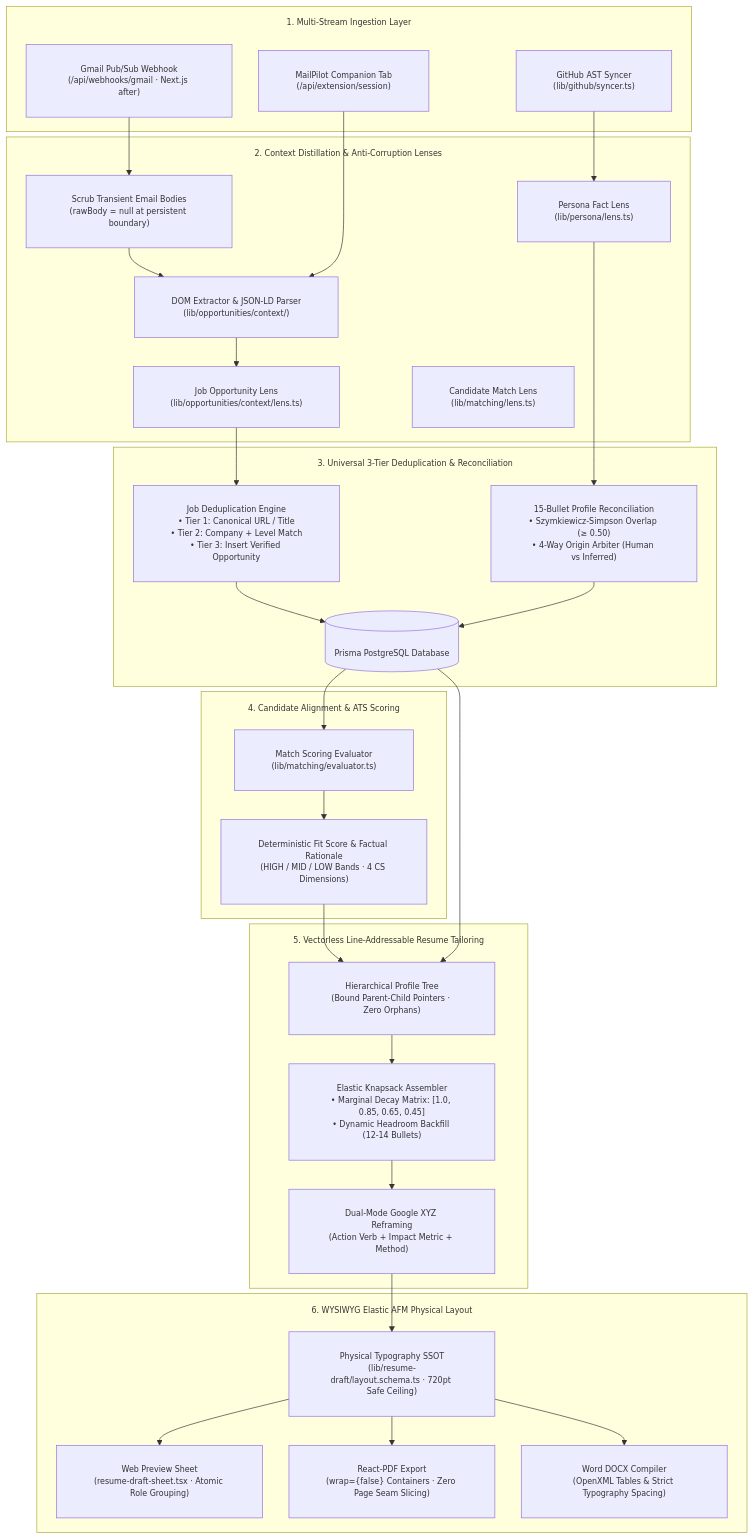
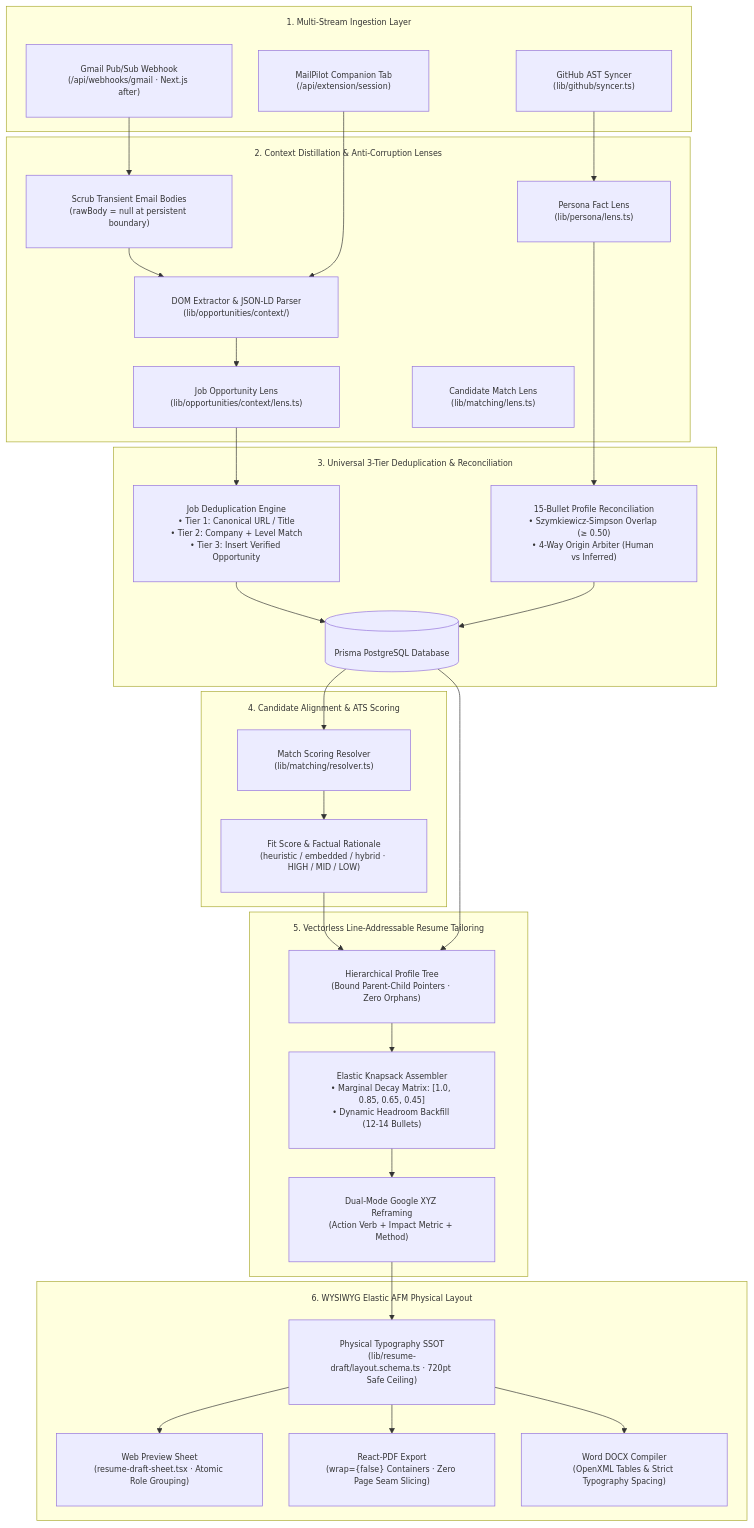
Before and after one commit to Marqlo-C/mailpilot: the fifth of 21 diagrams in README.md, drawn with Mermaid. The commit also changed other lines of this file and 12 other files, not shown here.

````diff
--- a/README.md
+++ b/README.md
@@ -250,49 +271,49 @@
 ```mermaid
 %%{init: {"themeVariables": {"fontSize": "12px", "fontFamily": "-apple-system, BlinkMacSystemFont, Segoe UI, sans-serif"}, "themeCSS": ".node text, .node foreignObject, .label foreignObject { overflow: visible !important; } .cluster text, .cluster-label span { overflow: visible !important; } .edgeLabel foreignObject { overflow: visible !important; } .edgeLabel span { padding: 0 4px; }", "flowchart": {"padding": 28, "nodeSpacing": 40, "rankSpacing": 44, "subGraphTitleMargin": {"top": 16, "bottom": 20}}}}%%
 flowchart TD
   subgraph Ingestion["1. Multi-Stream Ingestion Layer"]
     GMAIL["Gmail Pub/Sub Webhook<br/>(/api/webhooks/gmail · Next.js after)"]
     COMPANION["MailPilot Companion Tab<br/>(/api/extension/session)"]
     GITHUB["GitHub AST Syncer<br/>(lib/github/syncer.ts)"]
   end
 
   subgraph Extraction["2. Context Distillation & Anti-Corruption Lenses"]
     SCRUB["Scrub Transient Email Bodies<br/>(rawBody = null at persistent boundary)"]
     DOM_PARSE["DOM Extractor & JSON-LD Parser<br/>(lib/opportunities/context/)"]
     LENS_JOB["Job Opportunity Lens<br/>(lib/opportunities/context/lens.ts)"]
     LENS_MATCH["Candidate Match Lens<br/>(lib/matching/lens.ts)"]
     LENS_PERSONA["Persona Fact Lens<br/>(lib/persona/lens.ts)"]
 
     GMAIL --> SCRUB --> DOM_PARSE
     COMPANION --> DOM_PARSE
     DOM_PARSE --> LENS_JOB
     GITHUB --> LENS_PERSONA
   end
 
   subgraph Deduplication["3. Universal 3-Tier Deduplication & Reconciliation"]
     DED_JOB["Job Deduplication Engine<br/>• Tier 1: Canonical URL / Title<br/>• Tier 2: Company + Level Match<br/>• Tier 3: Insert Verified Opportunity"]
     DED_PROF["15-Bullet Profile Reconciliation<br/>• Szymkiewicz-Simpson Overlap (&ge; 0.50)<br/>• 4-Way Origin Arbiter (Human vs Inferred)"]
 
     LENS_JOB --> DED_JOB
     LENS_PERSONA --> DED_PROF
     DED_JOB & DED_PROF --> DB[("Prisma PostgreSQL Database")]
   end
 
   subgraph Evaluation["4. Candidate Alignment & ATS Scoring"]
-    DB --> EVAL["Match Scoring Evaluator<br/>(lib/matching/evaluator.ts)"]
-    EVAL --> SCORE["Deterministic Fit Score & Factual Rationale<br/>(HIGH / MID / LOW Bands · 4 CS Dimensions)"]
+    DB --> RESOLVER["Match Scoring Resolver<br/>(lib/matching/resolver.ts)"]
+    RESOLVER --> SCORE["Fit Score & Factual Rationale<br/>(heuristic / embedded / hybrid · HIGH / MID / LOW)"]
   end
 
   subgraph Tailoring["5. Vectorless Line-Addressable Resume Tailoring"]
     SCORE & DB --> TREE["Hierarchical Profile Tree<br/>(Bound Parent-Child Pointers · Zero Orphans)"]
     TREE --> KNAPSACK["Elastic Knapsack Assembler<br/>• Marginal Decay Matrix: [1.0, 0.85, 0.65, 0.45]<br/>• Dynamic Headroom Backfill (12-14 Bullets)"]
     KNAPSACK --> REFRAME["Dual-Mode Google XYZ Reframing<br/>(Action Verb + Impact Metric + Method)"]
   end
 
   subgraph Rendering["6. WYSIWYG Elastic AFM Physical Layout"]
     REFRAME --> SSOT_LAYOUT["Physical Typography SSOT<br/>(lib/resume-draft/layout.schema.ts · 720pt Safe Ceiling)"]
     SSOT_LAYOUT --> WEB_PREVIEW["Web Preview Sheet<br/>(resume-draft-sheet.tsx · Atomic Role Grouping)"]
     SSOT_LAYOUT --> PDF_OUT["React-PDF Export<br/>(wrap={false} Containers · Zero Page Seam Slicing)"]
     SSOT_LAYOUT --> DOCX_OUT["Word DOCX Compiler<br/>(OpenXML Tables & Strict Typography Spacing)"]
   end
 ```
````
